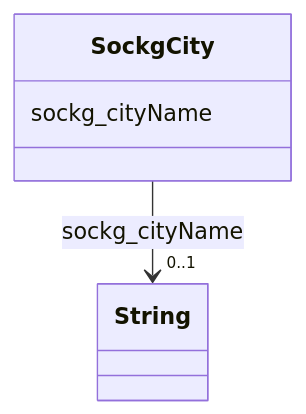
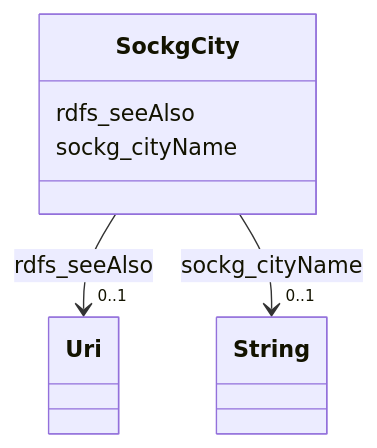
The diagram in soc-kg/classes/SockgCity.md (frink-okn/graph-descriptions), drawn with Mermaid before and after one commit. The commit also changed other lines of this file and 941 other files, not shown here.

````diff
--- a/soc-kg/classes/SockgCity.md
+++ b/soc-kg/classes/SockgCity.md
@@ -19,15 +23,24 @@
 ```mermaid
  classDiagram
     class SockgCity
     click SockgCity href "../SockgCity"
+      SockgCity : rdfs_seeAlso
+        
+          
+    
+    
+    SockgCity --> "0..1" Uri : rdfs_seeAlso
+    click Uri href "../Uri"
+
+        
       SockgCity : sockg_cityName
         
           
     
     
     SockgCity --> "0..1" String : sockg_cityName
     click String href "../String"
 
         
       
 ```
````
